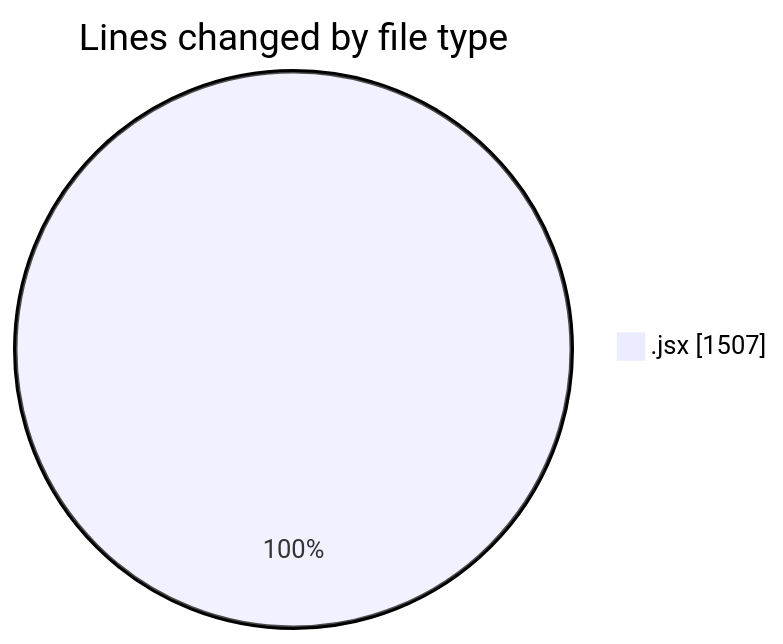
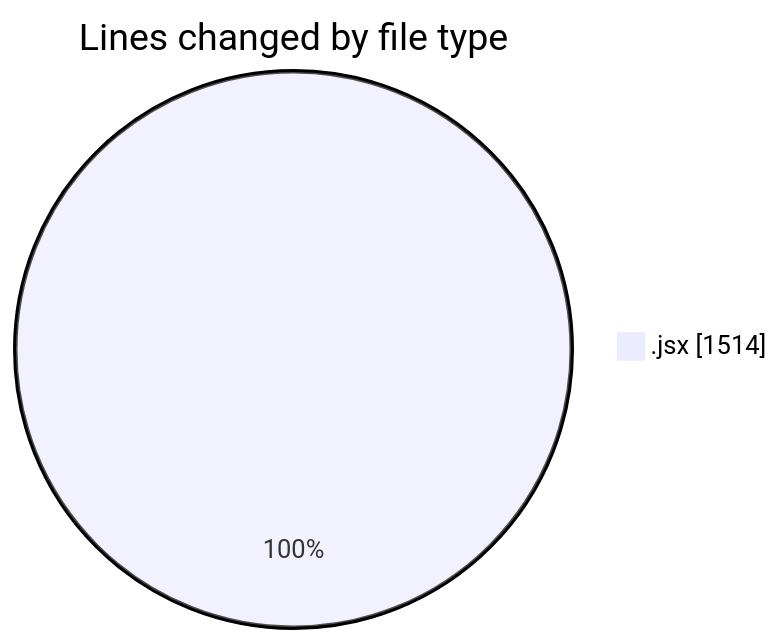
The first of 2 diagrams in 2025-09-21/nxtqube_webapp/README.md (nxtqubesakshisongat/code-tracking), drawn with Mermaid before and after one commit. The commit also changed other lines of this file and 1 other file, not shown here.

````diff
--- a/2025-09-21/nxtqube_webapp/README.md
+++ b/2025-09-21/nxtqube_webapp/README.md
@@ -20,5 +20,5 @@
 ```mermaid
 pie showData
 title Lines changed by file type
-".jsx" : 1507
+".jsx" : 1514
 ```
````
